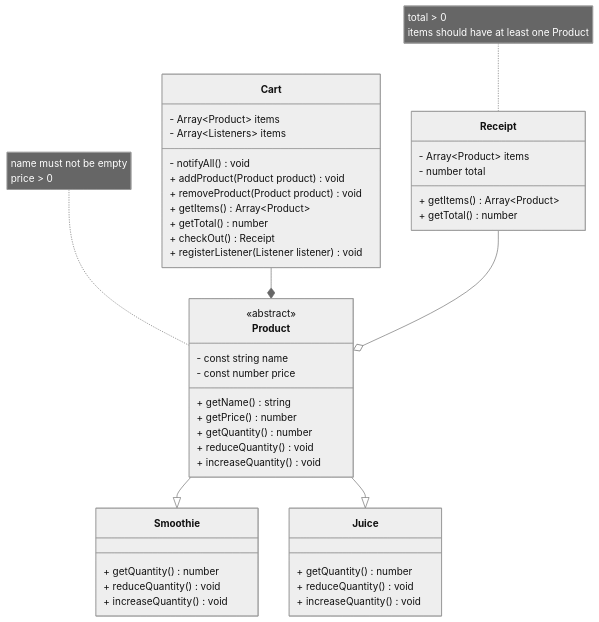
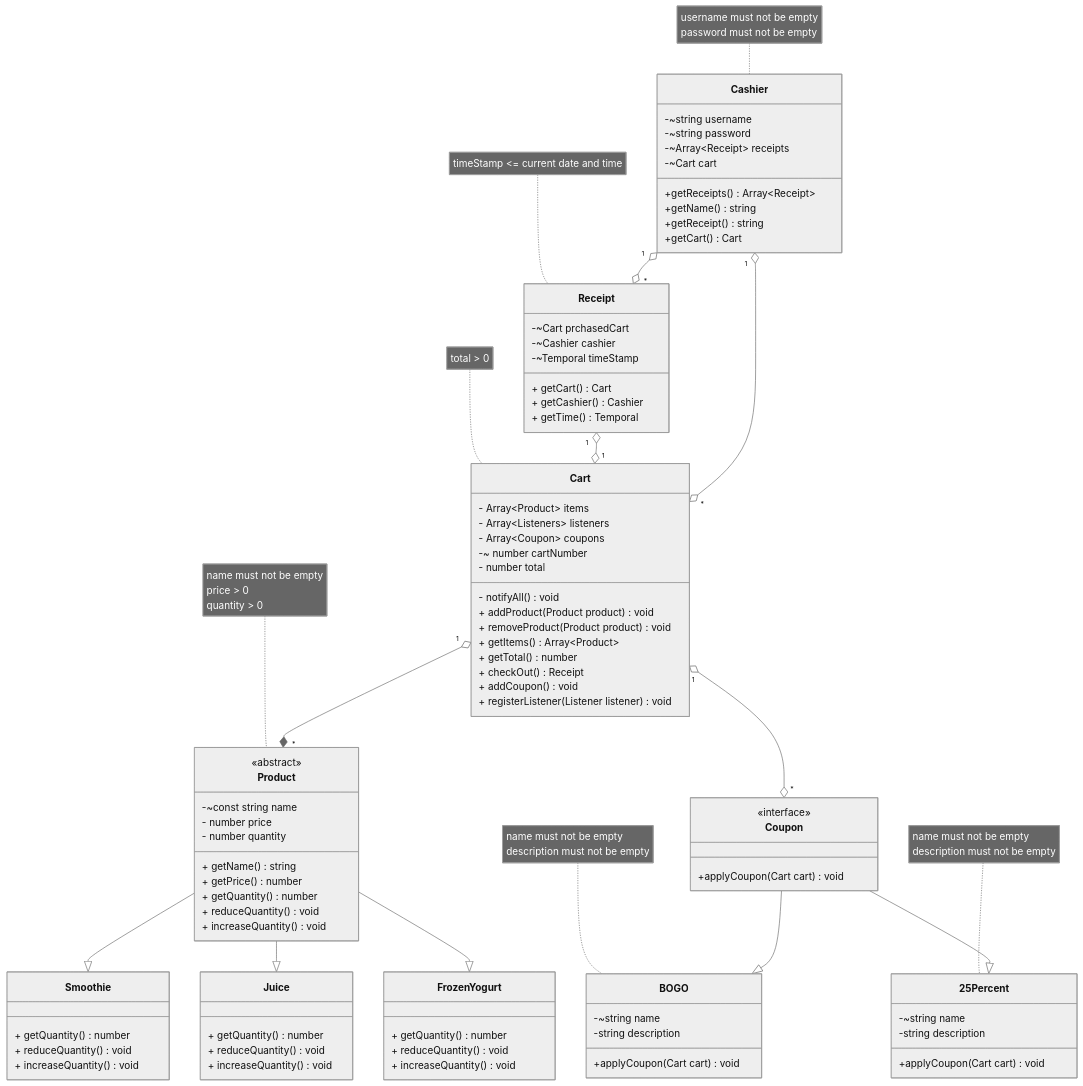
The diagram in domain.md (asantec2/cassy-project), drawn with Mermaid (neutral theme) before and after one commit. The commit also changed other lines of this file and 8 other files, not shown here.

````diff
--- a/domain.md
+++ b/domain.md
@@ -11,8 +11,9 @@
 
 class Product{
     <<abstract>>
-    - const string name 
-    - const number price
+    -~const string name 
+    - number price
+    - number quantity
 
     + getName() string
     + getPrice() number
@@ -24,6 +25,7 @@
 note for Product"
   name must not be empty
   price > 0
+  quantity > 0
 "
 class Smoothie{ 
     
@@ -40,36 +42,97 @@
  }
  Product --|> Smoothie
  Product --|> Juice
+ Product --|> FrozenYogurt
 
-
+class FrozenYogurt{
+    
+    + getQuantity() number
+    + reduceQuantity() void
+    + increaseQuantity() void
+}
 class Cart{
     - Array~Product~ items
-    - Array~Listeners~ items
+    - Array~Listeners~ listeners
+    - Array~Coupon~ coupons
+    -~ number cartNumber
+    - number total
     - notifyAll() void
     + addProduct(Product product)void
     + removeProduct(Product product) void
     + getItems() Array~Product~
     + getTotal() number
     + checkOut() Receipt
+    + addCoupon() void
     + registerListener(Listener listener) void
+}
+note for Cart"
+total > 0
+"
+class  Coupon{
+    <<interface>>
+    +applyCoupon(Cart cart) void
+    
+}
+class BOGO{
+    -~string name 
+    -string description
+    +applyCoupon(Cart cart) void
+    
+}
+note for BOGO"
+ name must not be empty
+ description must not be empty
+ "
+class 25Percent{
+    -~string name
+    -string description
+    +applyCoupon(Cart cart) void
+    
+ }
+ note for 25Percent"
+ name must not be empty
+ description must not be empty
+ "
+ Coupon --|> BOGO
+ Coupon --|> 25Percent
+ 
+class Cashier{
+    -~string username 
+    -~string password
+    -~Array~Receipt~ receipts
+    -~Cart cart
+    
+    +getReceipts() Array~Receipt~
+    +getName() string
+    +getReceipt() string
+    +getCart() Cart
+}
+note for Cashier"
+ username must not be empty 
+ password must not be empty 
+"
 
-}
 
  class Receipt{
-    - Array~Product~ items
-    - number total
-    + getItems() Array~Product~
-    + getTotal() number
+    -~Cart prchasedCart
+    -~Cashier cashier
+    -~Temporal timeStamp
+    
+    + getCart() Cart
+    + getCashier() Cashier
+    + getTime() Temporal
 
  }
  note for Receipt"
- total > 0
- items should have at least one Product
+ timeStamp <= current date and time
  "
 
  
  
- Cart --* Product
- Receipt --o Product
+ Cart "1" o--* "*" Product
+ Receipt "1" o--o "1" Cart
+ Cashier "1" o--o "*" Cart
+ Cashier "1" o--o "*" Receipt
+ Cart "1" o--o "*" Coupon
 
 ```
````
